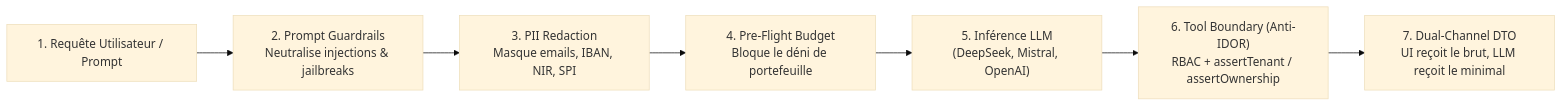
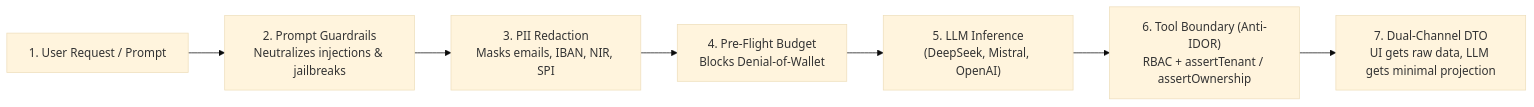
The third of 3 diagrams in docs/security/anti-idor.md (thienban/avantGate), drawn with Mermaid (base theme) before and after one commit. The commit also changed other lines of this file and 10 other files, not shown here.

````diff
--- a/docs/security/anti-idor.md
+++ b/docs/security/anti-idor.md
@@ -241,9 +241,9 @@
 ```mermaid
 flowchart LR
-    UserInput["1. Requête Utilisateur / Prompt"] --> InputGuard["2. Prompt Guardrails<br/>Neutralise injections & jailbreaks"]
-    InputGuard --> PIIShield["3. PII Redaction<br/>Masque emails, IBAN, NIR, SPI"]
-    PIIShield --> BudgetGuard["4. Pre-Flight Budget<br/>Bloque le déni de portefeuille"]
-    BudgetGuard --> LLM["5. Inférence LLM<br/>(DeepSeek, Mistral, OpenAI)"]
+    UserInput["1. User Request / Prompt"] --> InputGuard["2. Prompt Guardrails<br/>Neutralizes injections & jailbreaks"]
+    InputGuard --> PIIShield["3. PII Redaction<br/>Masks emails, IBAN, NIR, SPI"]
+    PIIShield --> BudgetGuard["4. Pre-Flight Budget<br/>Blocks Denial-of-Wallet"]
+    BudgetGuard --> LLM["5. LLM Inference<br/>(DeepSeek, Mistral, OpenAI)"]
     LLM --> ToolBoundary["6. Tool Boundary (Anti-IDOR)<br/>RBAC + assertTenant / assertOwnership"]
-    ToolBoundary --> DTO["7. Dual-Channel DTO<br/>UI reçoit le brut, LLM reçoit le minimal"]
+    ToolBoundary --> DTO["7. Dual-Channel DTO<br/>UI gets raw data, LLM gets minimal projection"]
 ```
````
